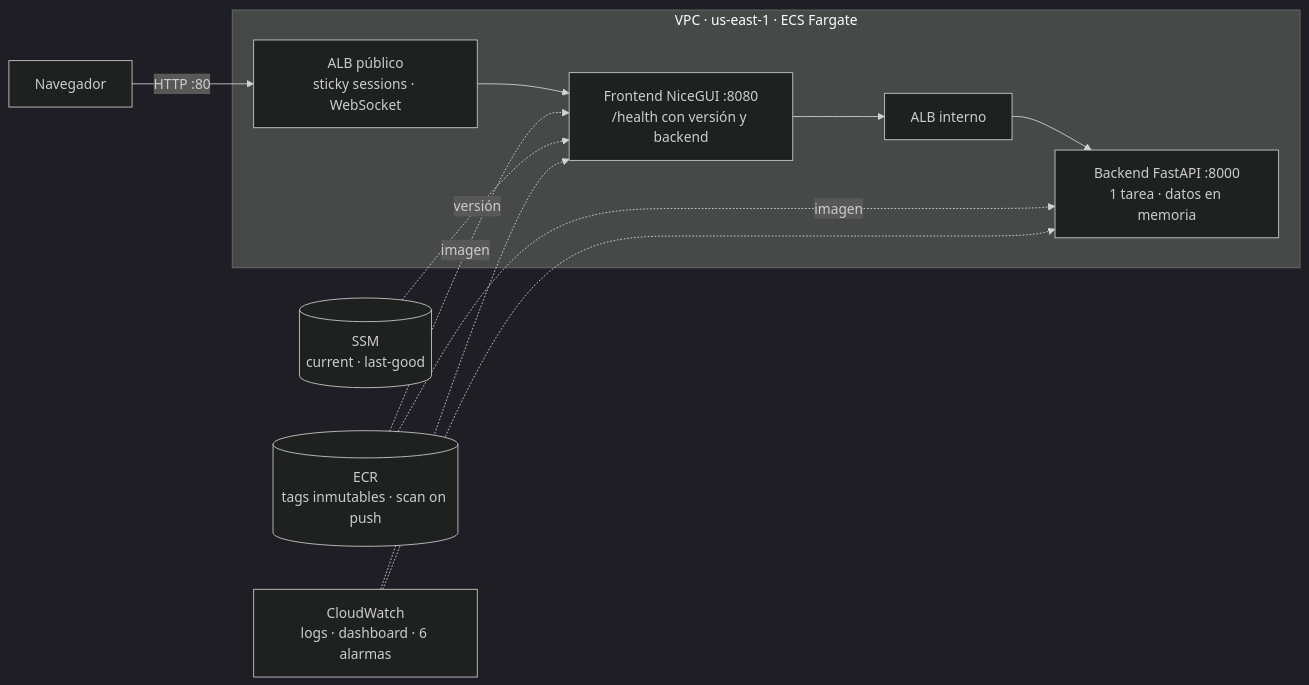
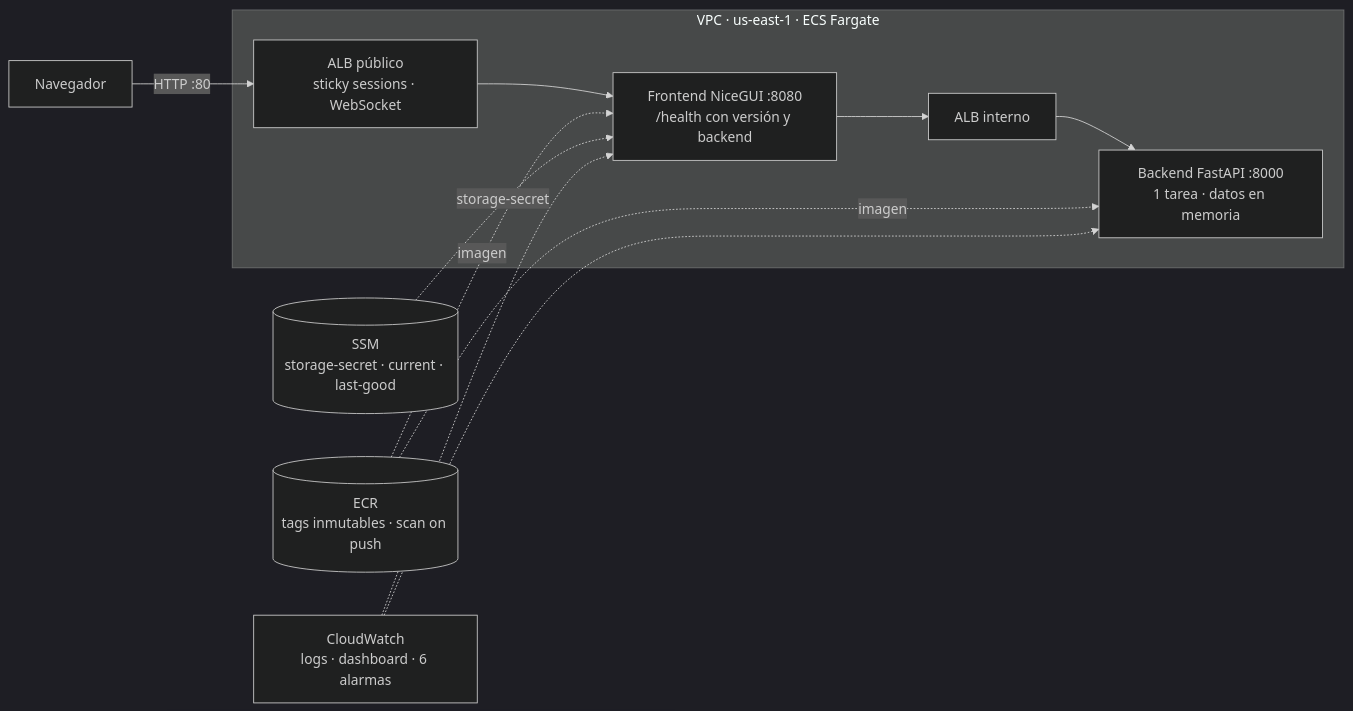
Before and after one commit to jalopezg4/Proyecto-CICD: the first of 2 diagrams in README.md, drawn with Mermaid (dark theme). The commit also changed other lines of this file and 1 other file, not shown here.

````diff
--- a/README.md
+++ b/README.md
@@ -17,12 +17,12 @@
 ```mermaid
 flowchart LR
   U[Navegador] -->|HTTP :80| ALB[ALB público<br/>sticky sessions · WebSocket]
   subgraph VPC["VPC · us-east-1 · ECS Fargate"]
     ALB --> FE[Frontend NiceGUI :8080<br/>/health con versión y backend]
     FE --> ALBI[ALB interno]
     ALBI --> BE[Backend FastAPI :8000<br/>1 tarea · datos en memoria]
   end
   ECR[(ECR<br/>tags inmutables · scan on push)] -.imagen.-> FE & BE
-  SSM[(SSM<br/>current · last-good)] -.versión.-> FE
+  SSM[(SSM<br/>storage-secret · current · last-good)] -.storage-secret.-> FE
   CW[CloudWatch<br/>logs · dashboard · 6 alarmas] -.-> FE & BE
 ```
````
